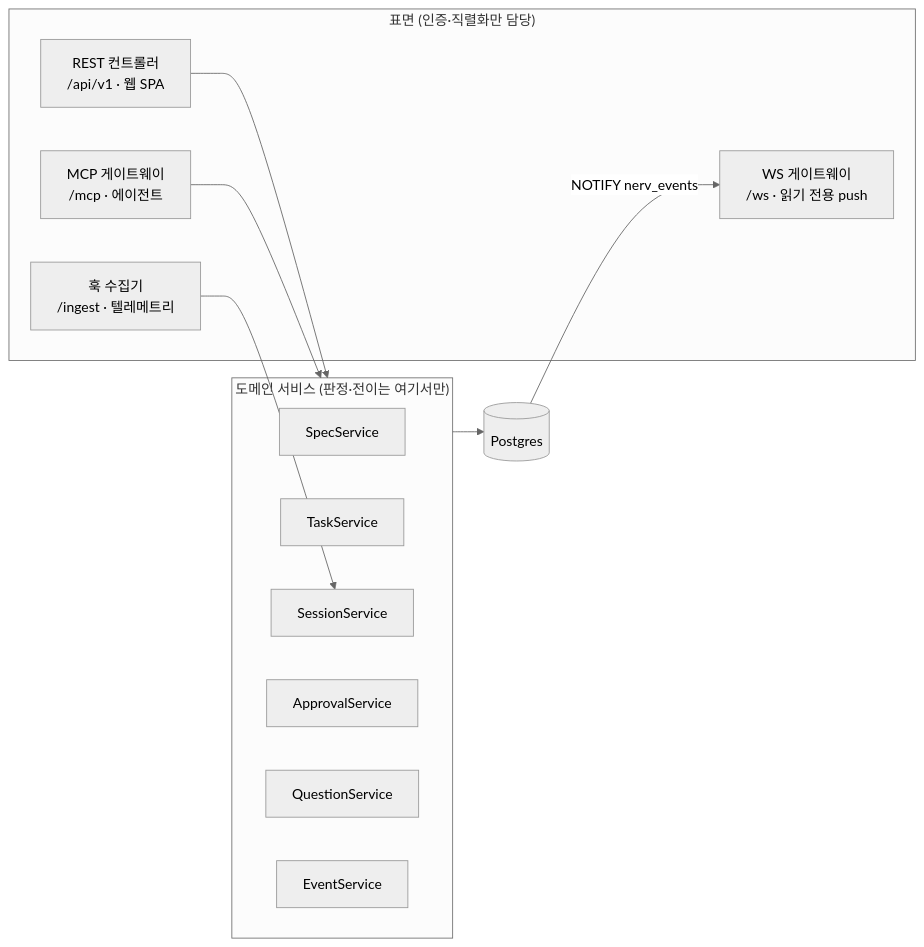
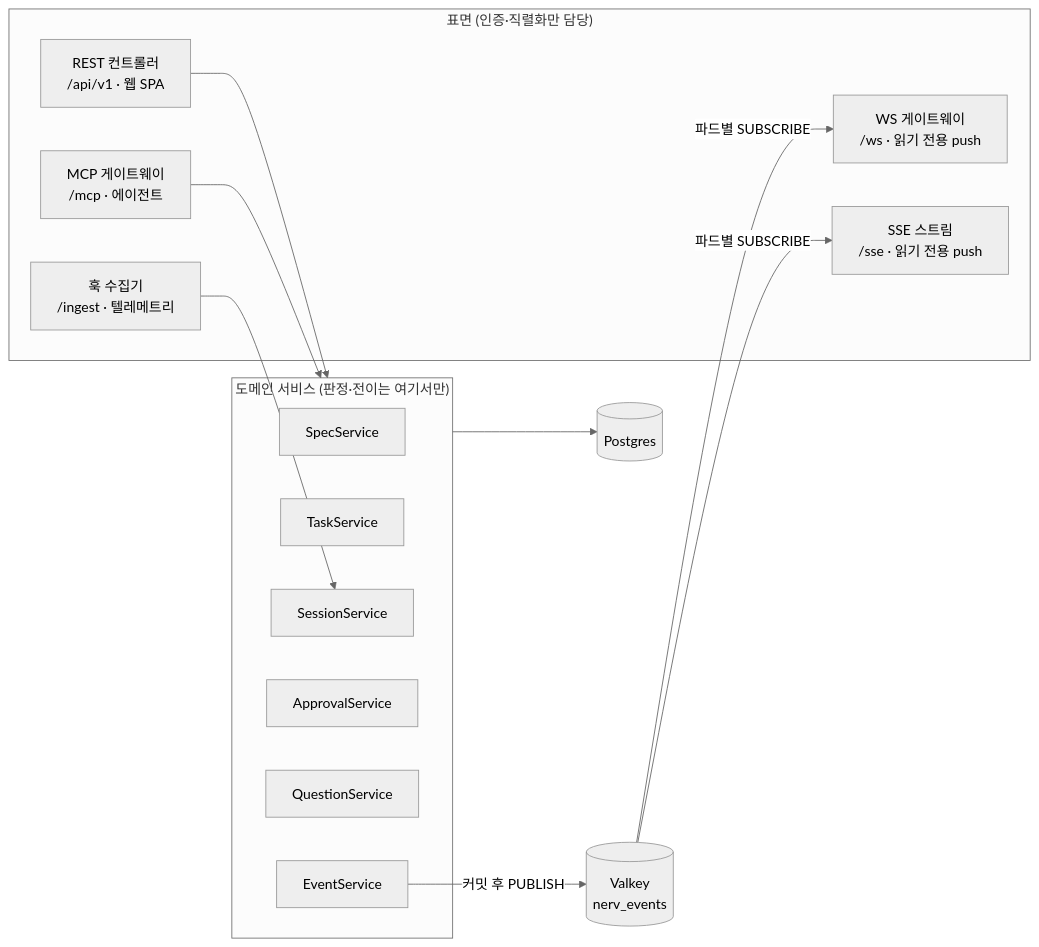
The diagram in docs/04-mvp/api.md (worker-ants/nerv), drawn with Mermaid (neutral theme) before and after one commit. The commit also changed other lines of this file and 17 other files, not shown here.

First line of the commit message:
docs: 코드 위치 codebase/ 확정 + 실시간 채널 WebSocket+SSE·Valkey MQ

````diff
--- a/docs/04-mvp/api.md
+++ b/docs/04-mvp/api.md
@@ -20,22 +20,25 @@
 ```mermaid
 flowchart LR
   subgraph SURF["표면 (인증·직렬화만 담당)"]
     R["REST 컨트롤러<br/>/api/v1 · 웹 SPA"]
     M["MCP 게이트웨이<br/>/mcp · 에이전트"]
     W["WS 게이트웨이<br/>/ws · 읽기 전용 push"]
+    E["SSE 스트림<br/>/sse · 읽기 전용 push"]
     G["훅 수집기<br/>/ingest · 텔레메트리"]
   end
   subgraph SVC["도메인 서비스 (판정·전이는 여기서만)"]
     S1["SpecService"]
     S2["TaskService"]
     S3["SessionService"]
     S4["ApprovalService"]
     S5["QuestionService"]
     S6["EventService"]
   end
   R --> SVC
   M --> SVC
   G --> S3
   SVC --> DB[("Postgres")]
-  DB -->|"NOTIFY nerv_events"| W
+  S6 -->|"커밋 후 PUBLISH"| VK[("Valkey<br/>nerv_events")]
+  VK -->|"파드별 SUBSCRIBE"| W
+  VK -->|"파드별 SUBSCRIBE"| E
 ```
````
